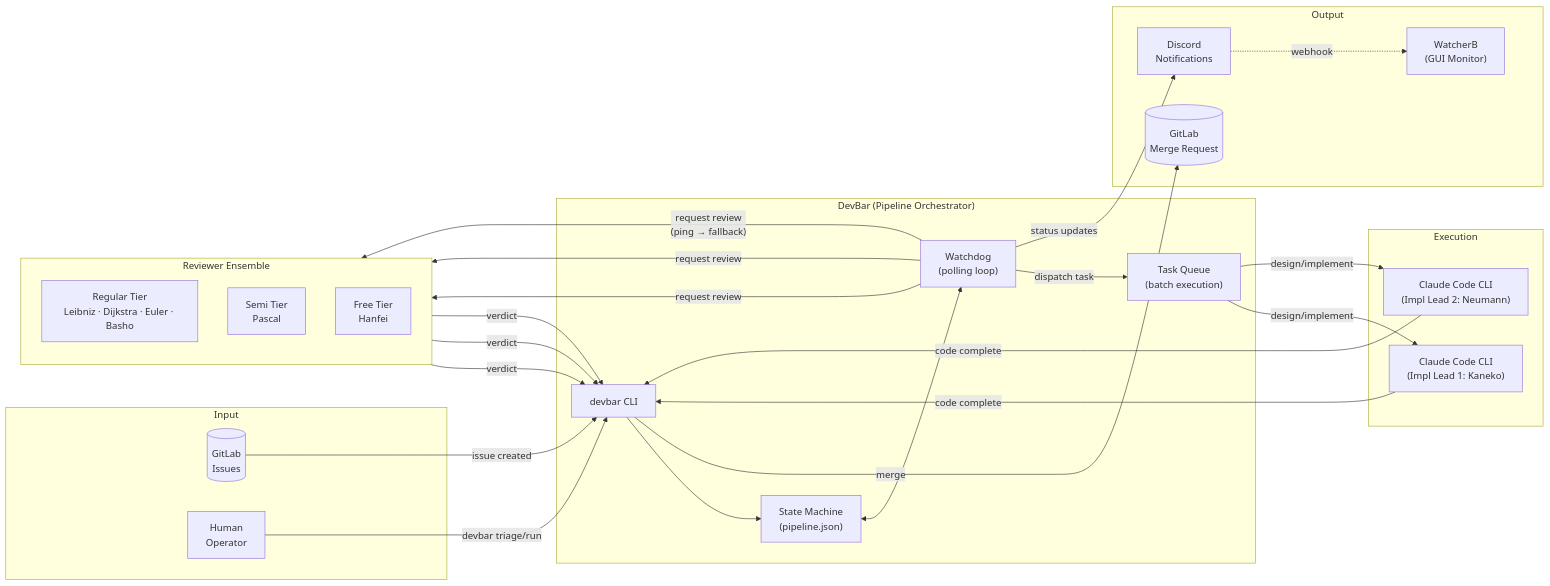
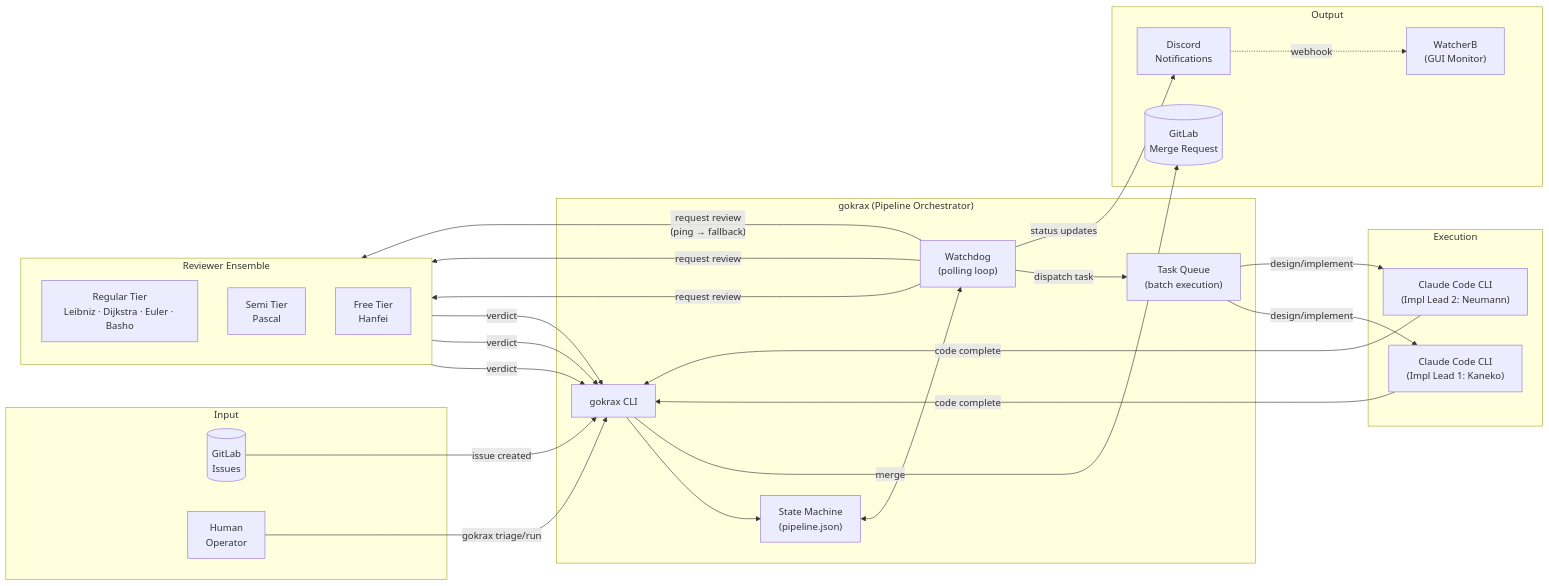
One commit to atakalive/gokrax changed the first of 5 diagrams in docs/architecture.md. Above: the diagram before and after it, drawn with Mermaid. The commit also changed other lines of this file and 96 other files, not shown here.

````diff
--- a/docs/architecture.md
+++ b/docs/architecture.md
@@ -5,51 +5,51 @@
 ```mermaid
 graph LR
     subgraph Input
         GL[("GitLab<br/>Issues")]
         M["Human<br/>Operator"]
     end
 
-    subgraph DevBar["DevBar (Pipeline Orchestrator)"]
-        CLI["devbar CLI"]
+    subgraph gokrax["gokrax (Pipeline Orchestrator)"]
+        CLI["gokrax CLI"]
         SM["State Machine<br/>(pipeline.json)"]
         WD["Watchdog<br/>(polling loop)"]
         TQ["Task Queue<br/>(batch execution)"]
     end
 
     subgraph Execution
         CC1["Claude Code CLI<br/>(Impl Lead 1: Kaneko)"]
         CC2["Claude Code CLI<br/>(Impl Lead 2: Neumann)"]
     end
 
     subgraph Review["Reviewer Ensemble"]
         direction TB
         R_REG["Regular Tier<br/>Leibniz · Dijkstra · Euler · Basho"]
         R_SEMI["Semi Tier<br/>Pascal"]
         R_FREE["Free Tier<br/>Hanfei"]
     end
 
     subgraph Output
         MR[("GitLab<br/>Merge Request")]
         DC["Discord<br/>Notifications"]
         WB["WatcherB<br/>(GUI Monitor)"]
     end
 
     GL -->|"issue created"| CLI
-    M -->|"devbar triage/run"| CLI
+    M -->|"gokrax triage/run"| CLI
     CLI --> SM
     SM <--> WD
     WD -->|"dispatch task"| TQ
     TQ -->|"design/implement"| CC1
     TQ -->|"design/implement"| CC2
     WD -->|"request review"| R_REG
     WD -->|"request review"| R_SEMI
     WD -->|"request review<br/>(ping → fallback)"| R_FREE
     R_REG -->|"verdict"| CLI
     R_SEMI -->|"verdict"| CLI
     R_FREE -->|"verdict"| CLI
     CC1 -->|"code complete"| CLI
     CC2 -->|"code complete"| CLI
     CLI -->|"merge"| MR
     WD -->|"status updates"| DC
     DC -.->|"webhook"| WB
 ```
````
